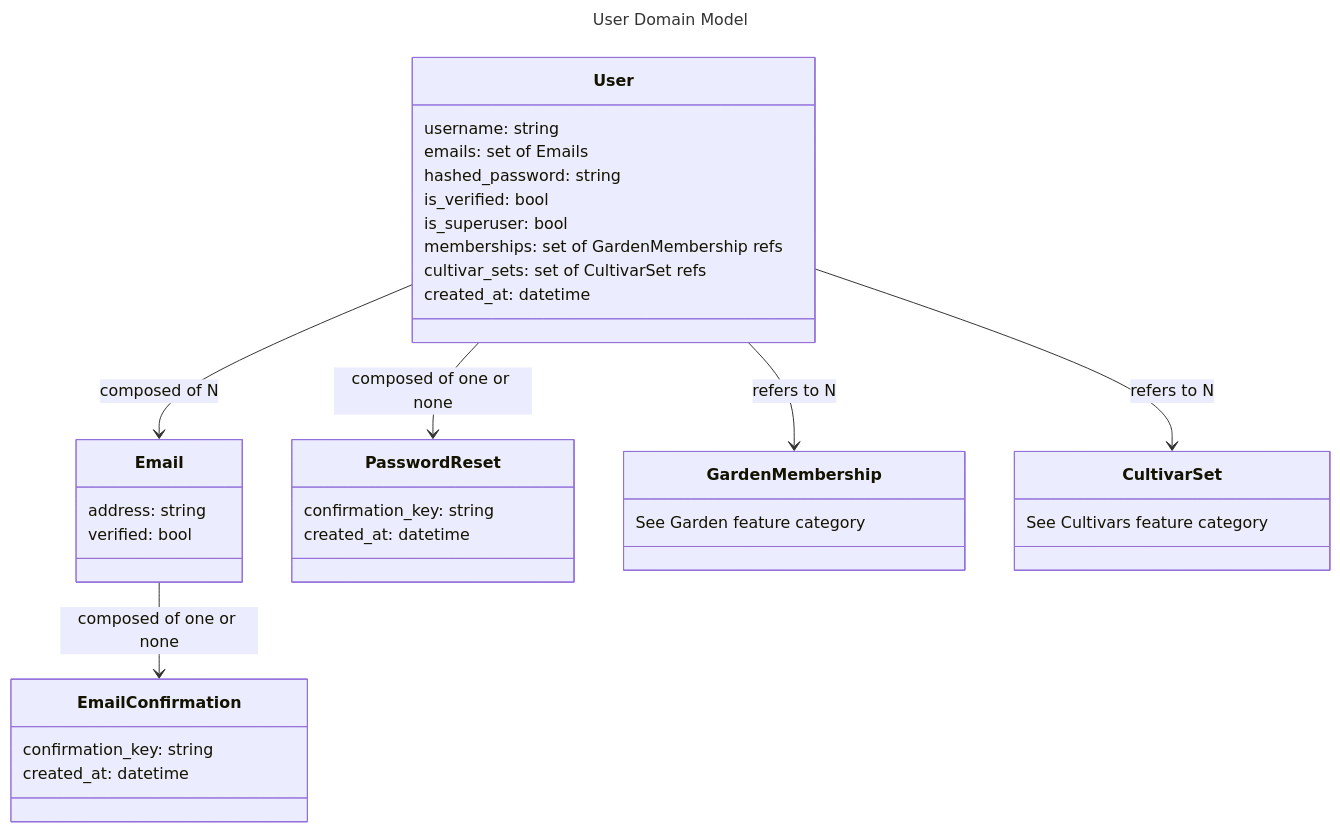
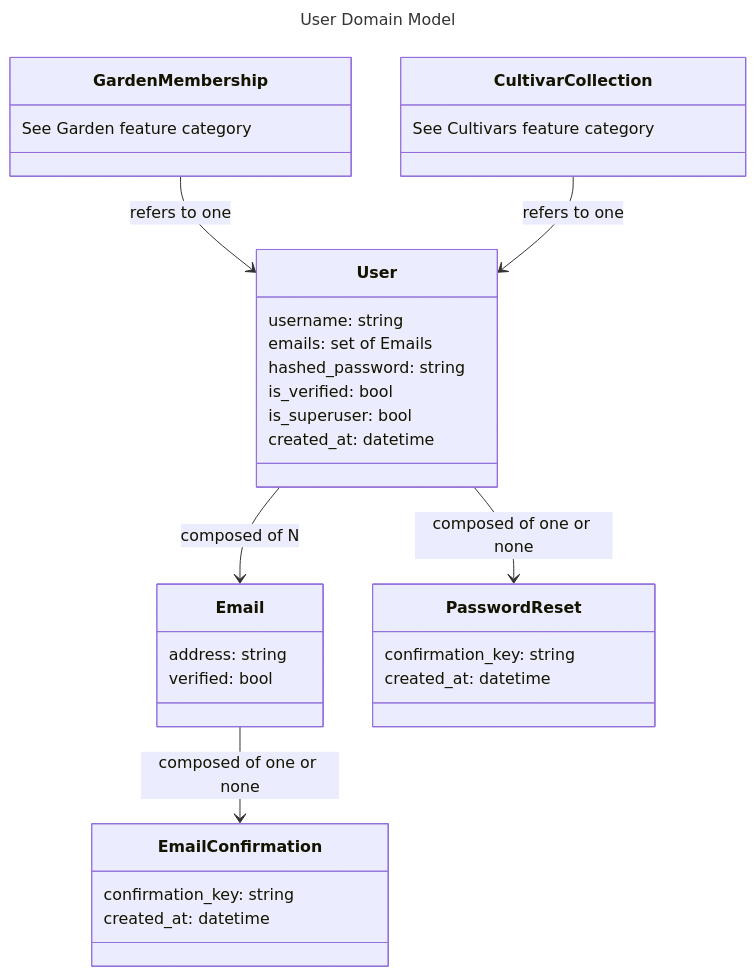
The diagram in users/models.md (VerdanTech/VerdanTech-Outline), drawn with Mermaid before and after one commit. The commit also changed other lines of this file and 2 other files, not shown here.

Commit message:
Updates gardens and users

````diff
--- a/users/models.md
+++ b/users/models.md
@@ -3,40 +3,38 @@
 ```mermaid
 ---
 title: User Domain Model
 ---
 classDiagram
     User
     User --> Email : composed of N
     User --> PasswordReset : composed of one or none
     Email --> EmailConfirmation : composed of one or none
-    User --> GardenMembership : refers to N
-    User --> CultivarSet : refers to N
+    GardenMembership --> User : refers to one
+    CultivarCollection --> User : refers to one
     class User{
         username: string
         emails: set of Emails
         hashed_password: string
         is_verified: bool
         is_superuser: bool
-        memberships: set of GardenMembership refs
-        cultivar_sets: set of CultivarSet refs
         created_at: datetime
     }
     class GardenMembership{
         See Garden feature category
     }
     class Email{
         address: string
         verified: bool
     }
     class PasswordReset{
         confirmation_key: string
         created_at: datetime
     }
     class EmailConfirmation{
         confirmation_key: string
         created_at: datetime
     }
-    class CultivarSet{
+    class CultivarCollection{
         See Cultivars feature category
     }
 ```
````
